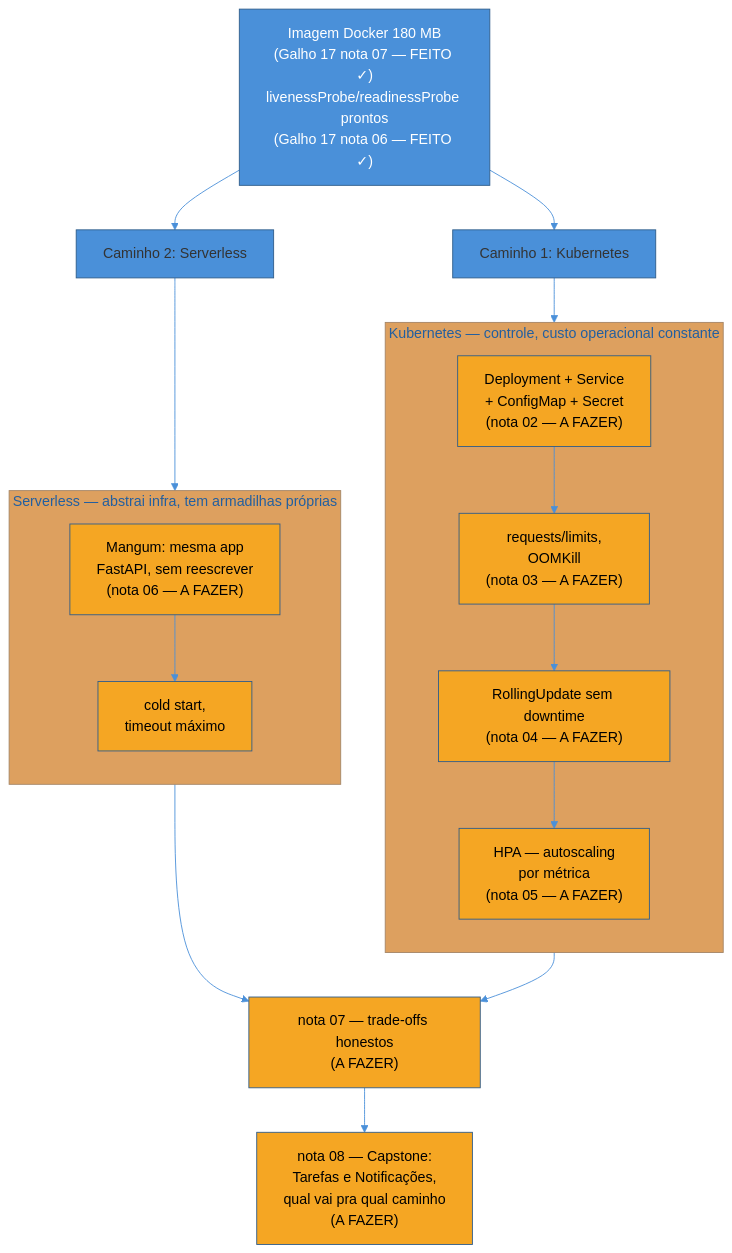
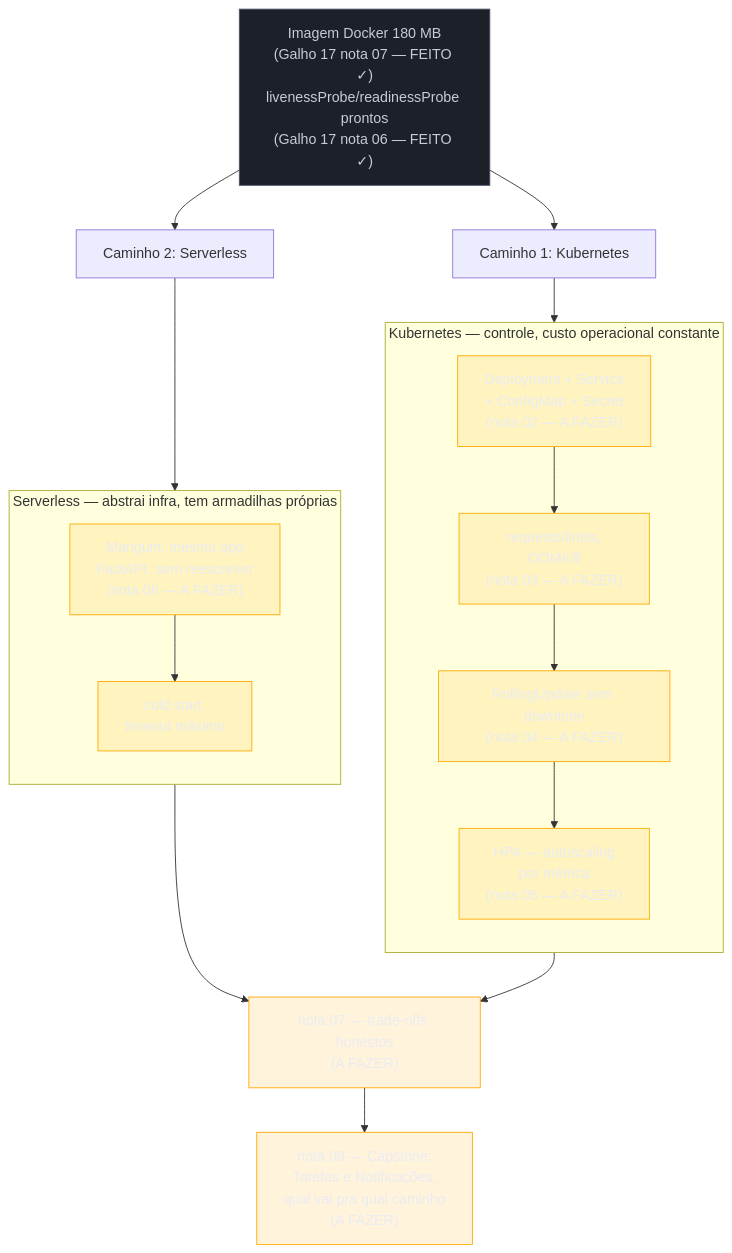
One commit to josenaldo/codex-technomanticus changed the diagram in 03-Dominios/Tecnologia/Python/Cloud-native e produção/01 - Panorama — orquestrar de verdade.md. Above: the diagram before and after it, drawn with Mermaid. The commit also changed 1181 other files, not shown here.

First line of the commit message:
fix(diagramas): paleta do sistema no lugar de cor cravada no markdown

````diff
--- a/03-Dominios/Tecnologia/Python/Cloud-native e produção/01 - Panorama — orquestrar de verdade.md
+++ b/03-Dominios/Tecnologia/Python/Cloud-native e produção/01 - Panorama — orquestrar de verdade.md
@@ -42,42 +42,43 @@
 ```mermaid
-%%{init: {"theme": "base", "themeVariables": {"primaryColor": "#4A90D9", "primaryBorderColor": "#2E5C8A", "lineColor": "#4A90D9"}}}%%
 flowchart TB
+    classDef neutro fill:#1B2029,stroke:#4E5666,color:#C6CCD8
+    classDef destaque fill:#FFAA0024,stroke:#FFAA00,color:#E9ECF2
     IMG["Imagem Docker 180 MB<br/>(Galho 17 nota 07 — FEITO ✓)<br/>livenessProbe/readinessProbe prontos<br/>(Galho 17 nota 06 — FEITO ✓)"]
 
     IMG --> K8S_PATH["Caminho 1: Kubernetes"]
     IMG --> LAMBDA_PATH["Caminho 2: Serverless"]
 
     subgraph K8S["Kubernetes — controle, custo operacional constante"]
         direction TB
         K1["Deployment + Service<br/>+ ConfigMap + Secret<br/>(nota 02 — A FAZER)"]
         K2["requests/limits,<br/>OOMKill<br/>(nota 03 — A FAZER)"]
         K3["RollingUpdate sem downtime<br/>(nota 04 — A FAZER)"]
         K4["HPA — autoscaling<br/>por métrica<br/>(nota 05 — A FAZER)"]
         K1 --> K2 --> K3 --> K4
     end
 
     subgraph LAMBDA["Serverless — abstrai infra, tem armadilhas próprias"]
         direction TB
         L1["Mangum: mesma app<br/>FastAPI, sem reescrever<br/>(nota 06 — A FAZER)"]
         L2["cold start,<br/>timeout máximo"]
         L1 --> L2
     end
 
     K8S_PATH --> K1
     LAMBDA_PATH --> L1
 
     K4 --> DECISAO["nota 07 — trade-offs honestos<br/>(A FAZER)"]
     L2 --> DECISAO
 
     DECISAO --> CAPSTONE["nota 08 — Capstone:<br/>Tarefas e Notificações,<br/>qual vai pra qual caminho<br/>(A FAZER)"]
 
-    style IMG fill:#4A90D9,color:#fff
-    style K1 fill:#F5A623,color:#000
-    style K2 fill:#F5A623,color:#000
-    style K3 fill:#F5A623,color:#000
-    style K4 fill:#F5A623,color:#000
-    style L1 fill:#F5A623,color:#000
-    style L2 fill:#F5A623,color:#000
-    style DECISAO fill:#F5A623,color:#000
-    style CAPSTONE fill:#F5A623,color:#000
+    class IMG neutro
+    class K1 destaque
+    class K2 destaque
+    class K3 destaque
+    class K4 destaque
+    class L1 destaque
+    class L2 destaque
+    class DECISAO destaque
+    class CAPSTONE destaque
 ```
````
